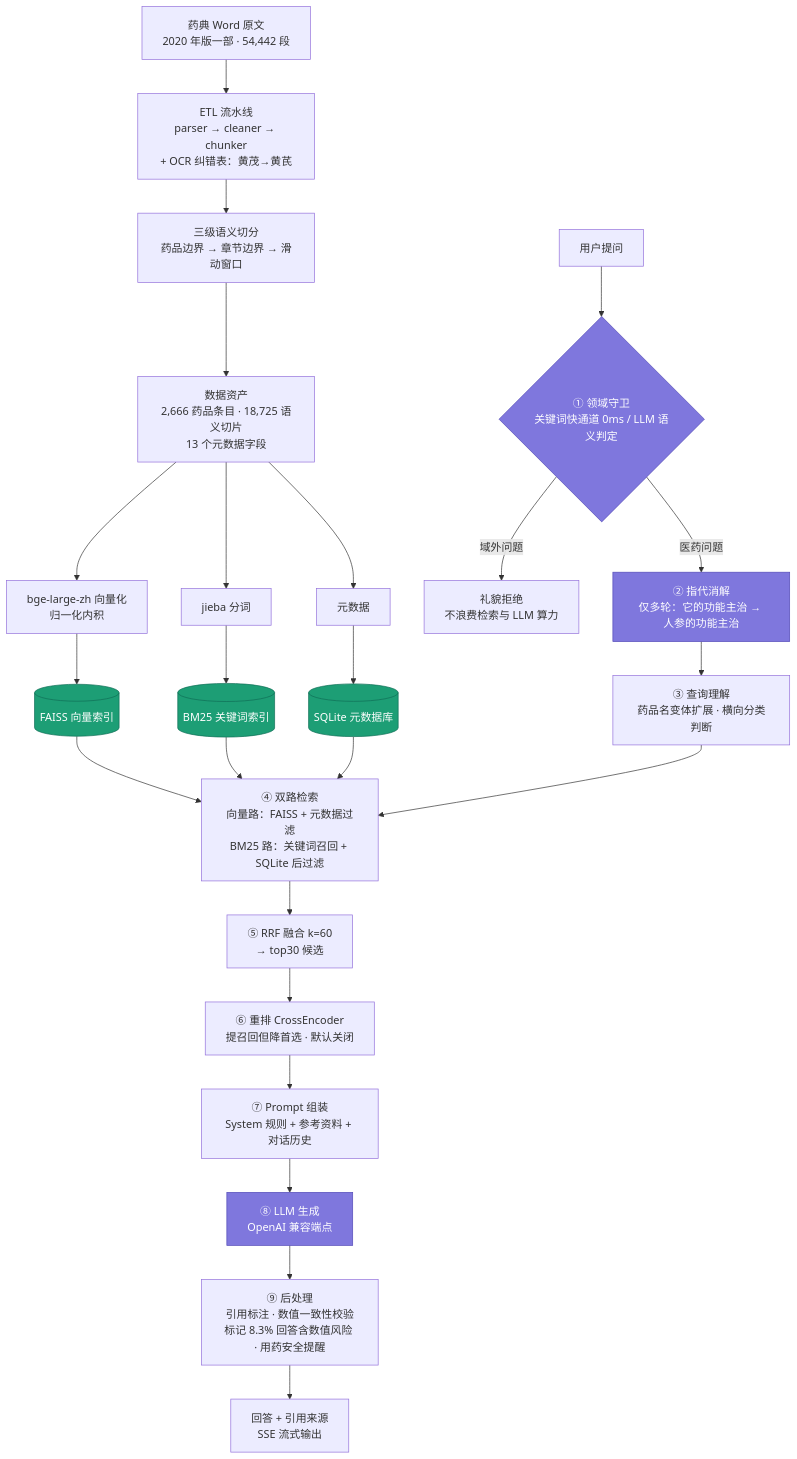
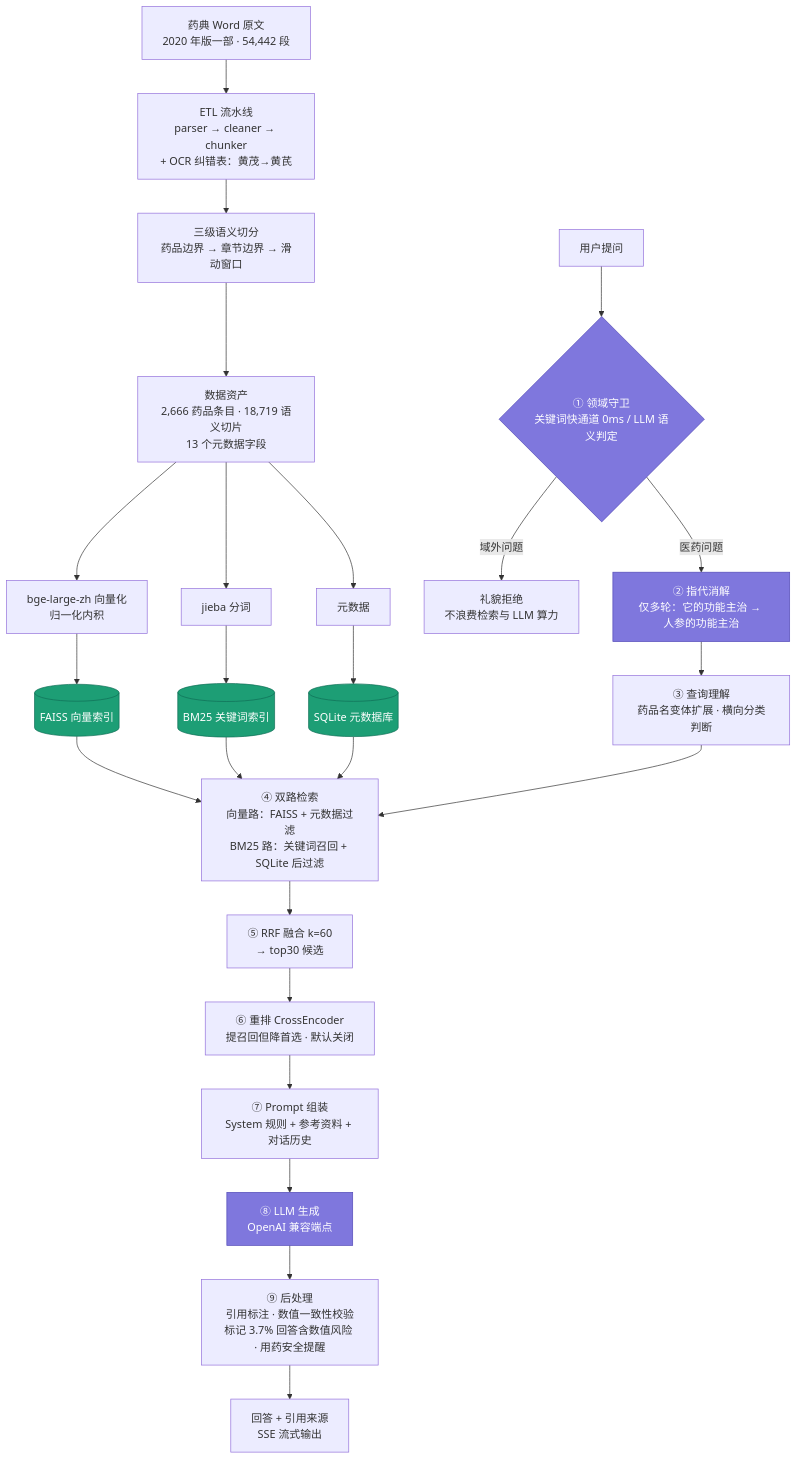
The first of 2 diagrams in README.md (qiz7z/RAG-ChineseMedicine-QA), drawn with Mermaid before and after one commit. The commit also changed other lines of this file, not shown here.

````diff
--- a/README.md
+++ b/README.md
@@ -19,36 +19,36 @@
 ```mermaid
 flowchart TD
     A["药典 Word 原文<br>2020 年版一部 · 54,442 段"] --> B["ETL 流水线<br>parser → cleaner → chunker<br>+ OCR 纠错表：黄茂→黄芪"]
     B --> C["三级语义切分<br>药品边界 → 章节边界 → 滑动窗口"]
-    C --> D["数据资产<br>2,666 药品条目 · 18,725 语义切片<br>13 个元数据字段"]
+    C --> D["数据资产<br>2,666 药品条目 · 18,719 语义切片<br>13 个元数据字段"]
 
     D --> E["bge-large-zh 向量化<br>归一化内积"]
     D --> F["jieba 分词"]
     D --> G["元数据"]
 
     E --> H[("FAISS 向量索引")]
     F --> I[("BM25 关键词索引")]
     G --> J[("SQLite 元数据库")]
 
     K["用户提问"] --> L{"① 领域守卫<br>关键词快通道 0ms / LLM 语义判定"}
     L -->|域外问题| M["礼貌拒绝<br>不浪费检索与 LLM 算力"]
     L -->|医药问题| N["② 指代消解<br>仅多轮：它的功能主治 → 人参的功能主治"]
     N --> O["③ 查询理解<br>药品名变体扩展 · 横向分类判断"]
     O --> P["④ 双路检索<br>向量路：FAISS + 元数据过滤<br>BM25 路：关键词召回 + SQLite 后过滤"]
     H --> P
     I --> P
     J --> P
     P --> Q["⑤ RRF 融合 k=60<br>→ top30 候选"]
     Q --> R["⑥ 重排 CrossEncoder<br>提召回但降首选 · 默认关闭"]
     R --> S["⑦ Prompt 组装<br>System 规则 + 参考资料 + 对话历史"]
     S --> T["⑧ LLM 生成<br>OpenAI 兼容端点"]
-    T --> U["⑨ 后处理<br>引用标注 · 数值一致性校验<br>标记 8.3% 回答含数值风险 · 用药安全提醒"]
+    T --> U["⑨ 后处理<br>引用标注 · 数值一致性校验<br>标记 3.7% 回答含数值风险 · 用药安全提醒"]
     U --> V["回答 + 引用来源<br>SSE 流式输出"]
 
     style L fill:#7F77DD,stroke:#534AB7,color:#fff
     style N fill:#7F77DD,stroke:#534AB7,color:#fff
     style T fill:#7F77DD,stroke:#534AB7,color:#fff
     style H fill:#1D9E75,stroke:#0F6E56,color:#fff
     style I fill:#1D9E75,stroke:#0F6E56,color:#fff
     style J fill:#1D9E75,stroke:#0F6E56,color:#fff
 ```
````
